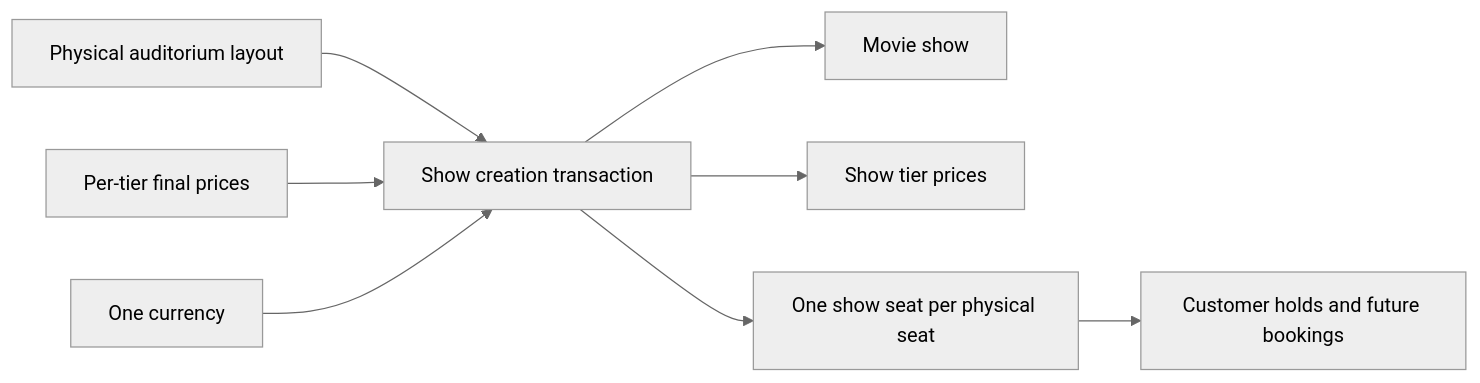
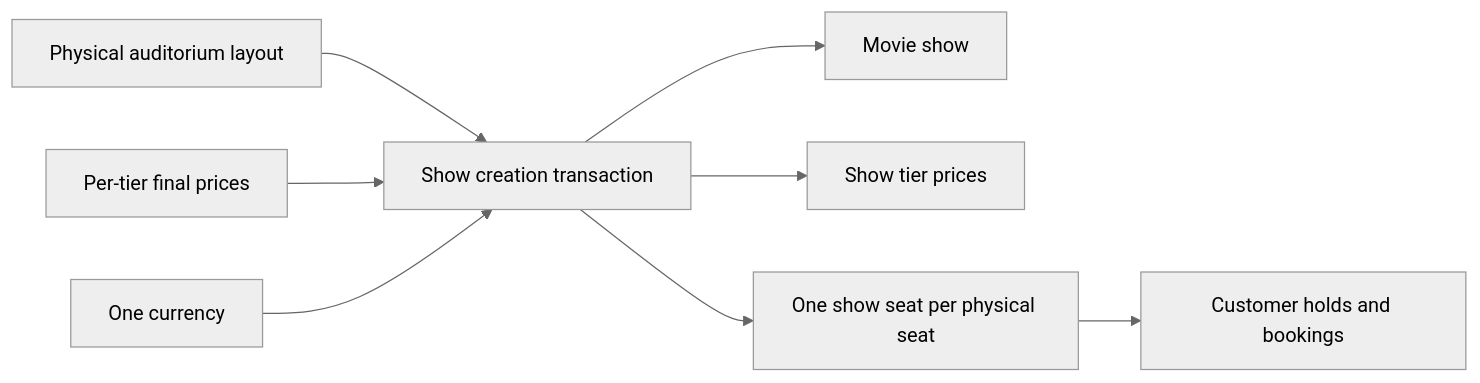
One commit to shreyans-sureja/movie-ticketing-platform changed the fifth of 6 diagrams in Docs/designs/movie-catalogue-and-show-scheduling-design.md. Above: the diagram before and after it, drawn with Mermaid (neutral theme). The commit also changed other lines of this file and 11 other files, not shown here.

````diff
--- a/Docs/designs/movie-catalogue-and-show-scheduling-design.md
+++ b/Docs/designs/movie-catalogue-and-show-scheduling-design.md
@@ -689,10 +693,10 @@
 ```mermaid
 flowchart LR
     A[Physical auditorium layout] --> B[Show creation transaction]
     C[Per-tier final prices] --> B
     D[One currency] --> B
     B --> E[Movie show]
     B --> F[Show tier prices]
     B --> G[One show seat per physical seat]
-    G --> H[Customer holds and future bookings]
+    G --> H[Customer holds and bookings]
 ```
````
